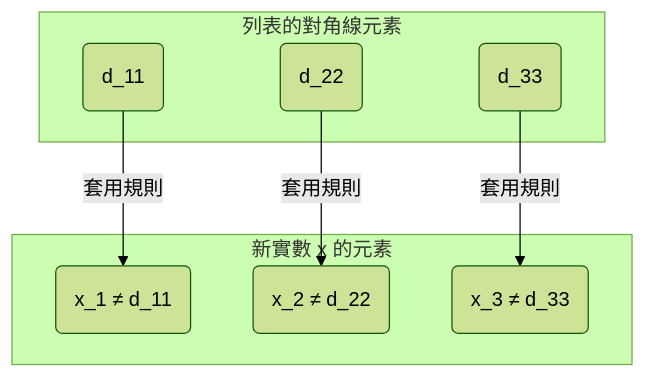
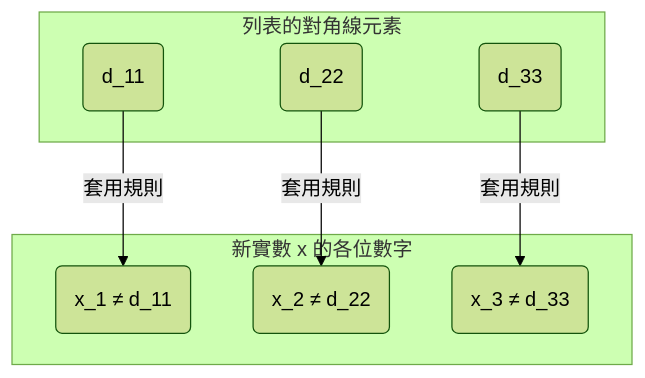
One commit to kenjinote/blog changed the second of 2 diagrams in content/post/cantors-diagonal-argument/index.zh-tw.md. Above: the diagram before and after it, drawn with Mermaid (forest theme). The commit also changed other lines of this file and 10 other files, not shown here.

````diff
--- a/content/post/cantors-diagonal-argument/index.zh-tw.md
+++ b/content/post/cantors-diagonal-argument/index.zh-tw.md
@@ -127,19 +137,19 @@
 ```mermaid
 graph TD
-    %% "對角線元素的反轉過程"
+    %% "改變對角線上的各位數字"
     subgraph "列表的對角線元素"
         D1("d_11")
         D2("d_22")
         D3("d_33")
     end
-    
-    subgraph "新實數 x 的元素"
+
+    subgraph "新實數 x 的各位數字"
         X1("x_1 ≠ d_11")
         X2("x_2 ≠ d_22")
         X3("x_3 ≠ d_33")
     end
-    
+
     D1 -->|"套用規則"| X1
     D2 -->|"套用規則"| X2
     D3 -->|"套用規則"| X3
 ```
````
